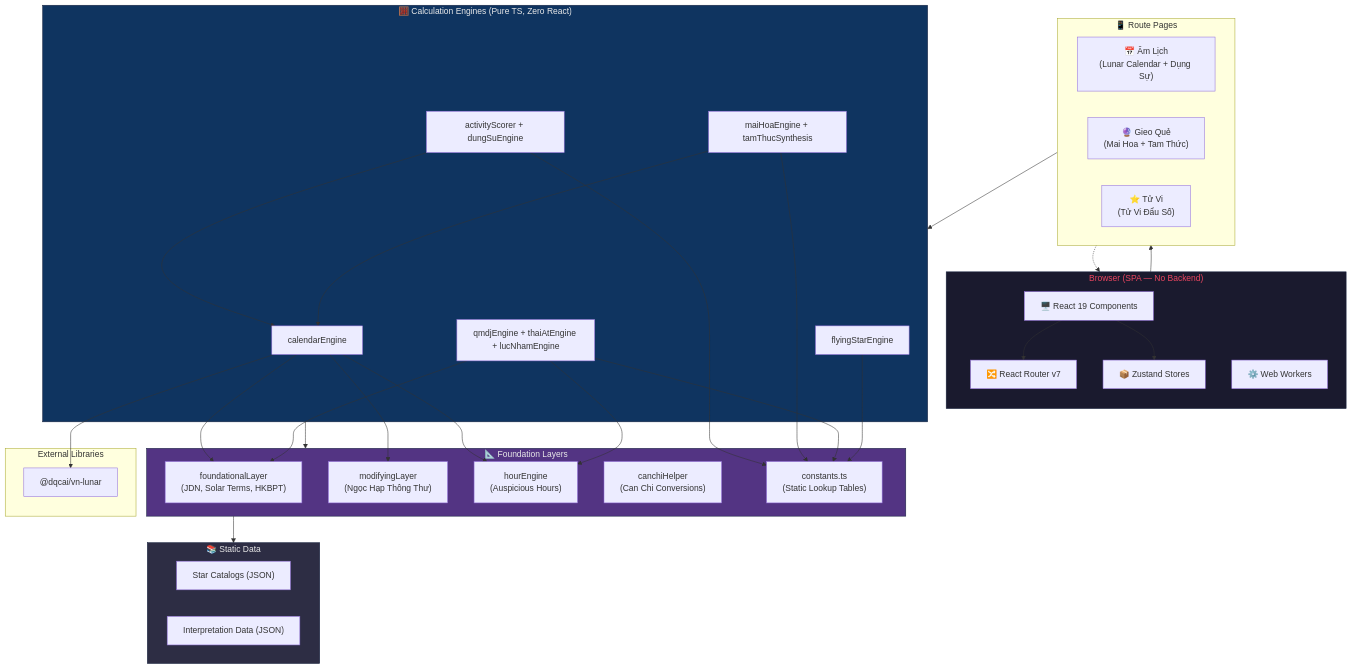
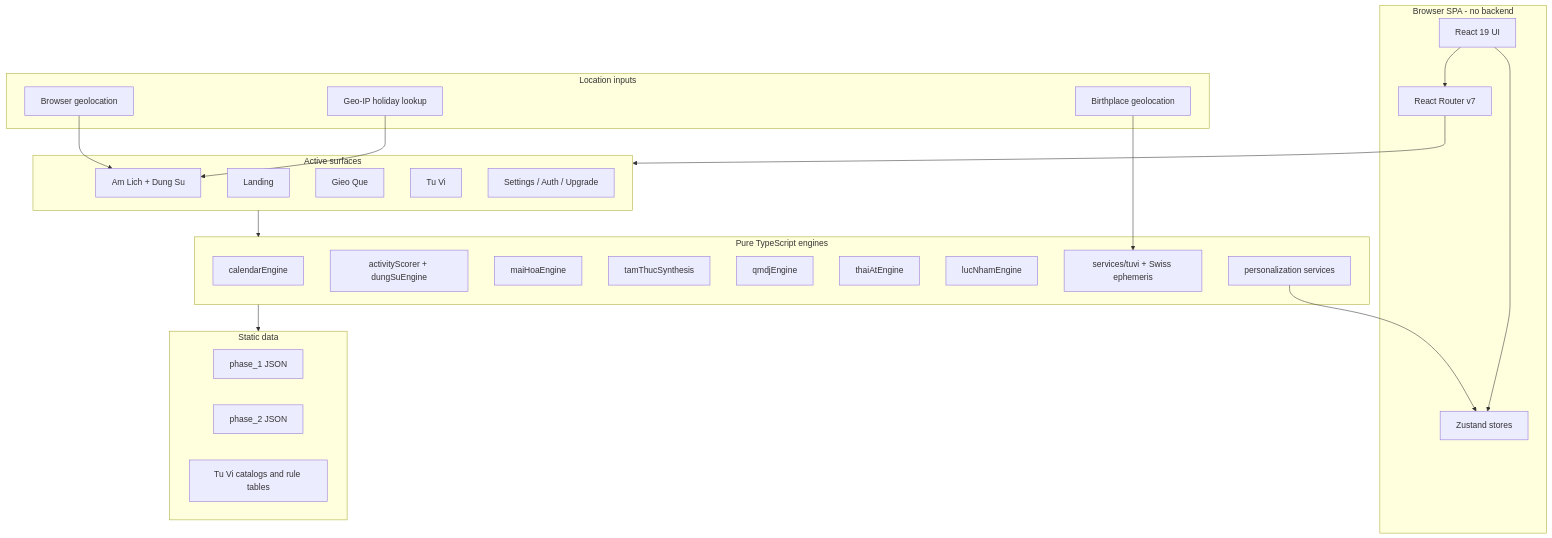
Before and after one commit to jakessteve/lich-viet: the first of 2 diagrams in docs/tech/ARCHITECTURE.md, drawn with Mermaid. The commit also changed other lines of this file and 2 other files, not shown here.

````diff
--- a/docs/tech/ARCHITECTURE.md
+++ b/docs/tech/ARCHITECTURE.md
@@ -45,59 +56,48 @@
 ```mermaid
 graph TB
-    subgraph Browser["Browser (SPA — No Backend)"]
-        direction TB
-        UI["🖥️ React 19 Components"]
-        Router["🔀 React Router v7"]
-        Store["📦 Zustand Stores"]
-        Workers["⚙️ Web Workers"]
+    subgraph Browser["Browser SPA - no backend"]
+        UI["React 19 UI"]
+        Router["React Router v7"]
+        Stores["Zustand stores"]
     end
 
-    subgraph Pages["📱 Route Pages"]
-        P1["📅 Âm Lịch<br/>(Lunar Calendar + Dụng Sự)"]
-        P2["🔮 Gieo Quẻ<br/>(Mai Hoa + Tam Thức)"]
-        P3["⭐ Tử Vi<br/>(Tử Vi Đẩu Số)"]
+    subgraph Surfaces["Active surfaces"]
+        Landing["Landing"]
+        AmLich["Am Lich + Dung Su"]
+        GieoQue["Gieo Que"]
+        TuVi["Tu Vi"]
+        Support["Settings / Auth / Upgrade"]
     end
 
-    subgraph Engines["🧮 Calculation Engines (Pure TS, Zero React)"]
-        E1["calendarEngine"]
-        E2["activityScorer + dungSuEngine"]
-        E3["maiHoaEngine + tamThucSynthesis"]
-        E4["qmdjEngine + thaiAtEngine + lucNhamEngine"]
-        E5["flyingStarEngine"]
+    subgraph Engines["Pure TypeScript engines"]
+        Calendar["calendarEngine"]
+        DungSu["activityScorer + dungSuEngine"]
+        MaiHoa["maiHoaEngine"]
+        TamThuc["tamThucSynthesis"]
+        QMDJ["qmdjEngine"]
+        ThaiAt["thaiAtEngine"]
+        LucNham["lucNhamEngine"]
+        TuViEng["services/tuvi + Swiss ephemeris"]
+        Personal["personalization services"]
     end
 
-    subgraph Layers["📐 Foundation Layers"]
-        L1["foundationalLayer<br/>(JDN, Solar Terms, HKBPT)"]
-        L2["modifyingLayer<br/>(Ngọc Hạp Thông Thư)"]
-        L3["hourEngine<br/>(Auspicious Hours)"]
-        L4["canchiHelper<br/>(Can Chi Conversions)"]
-        L5["constants.ts<br/>(Static Lookup Tables)"]
+    subgraph Location["Location inputs"]
+        BrowserGeo["Browser geolocation"]
+        GeoIp["Geo-IP holiday lookup"]
+        Birthplace["Birthplace geolocation"]
     end
 
-    subgraph Data["📚 Static Data"]
-        D1["Star Catalogs (JSON)"]
-        D2["Interpretation Data (JSON)"]
+    subgraph Data["Static data"]
+        Phase1["phase_1 JSON"]
+        Phase2["phase_2 JSON"]
+        TuViData["Tu Vi catalogs and rule tables"]
     end
 
-    subgraph External["External Libraries"]
-        X1["@dqcai/vn-lunar"]
-    end
-
-    UI --> Router --> Pages
-    UI --> Store
-    Pages --> Engines
-    Engines --> Layers
-    Layers --> Data
-    Pages -.-> Workers
-
-    E1 --> L1 & L2 & L3 & X1
-    E2 --> E1 & L5
-    E3 --> E1 & L5
-    E4 --> L1 & L3 & L5
-    E5 --> L5
-
-    style Browser fill:#1a1a2e,stroke:#16213e,color:#e94560
-    style Engines fill:#0f3460,stroke:#16213e,color:#e9e9e9
-    style Layers fill:#533483,stroke:#16213e,color:#e9e9e9
-    style Data fill:#2d2d44,stroke:#16213e,color:#e9e9e9
+    UI --> Router --> Surfaces
+    UI --> Stores
+    Surfaces --> Engines --> Data
+    BrowserGeo --> AmLich
+    GeoIp --> AmLich
+    Birthplace --> TuViEng
+    Personal --> Stores
 ```
````
